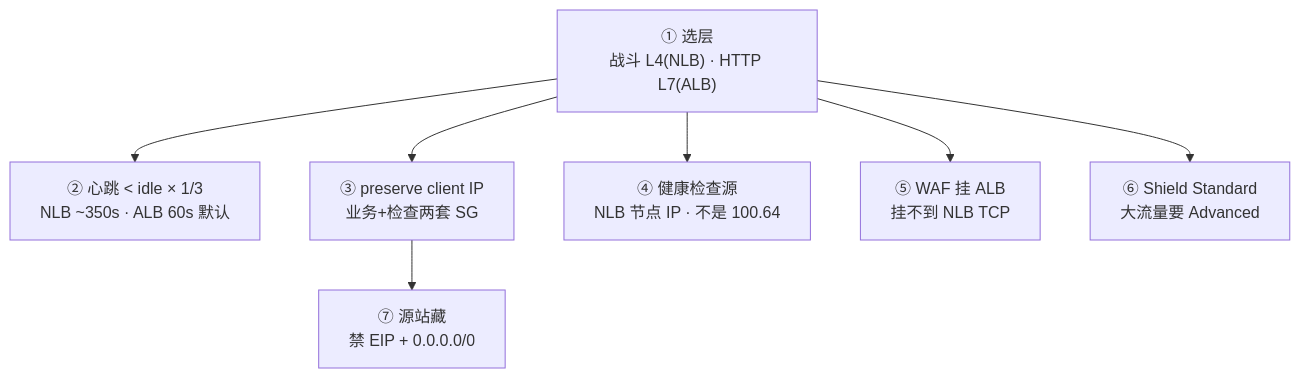
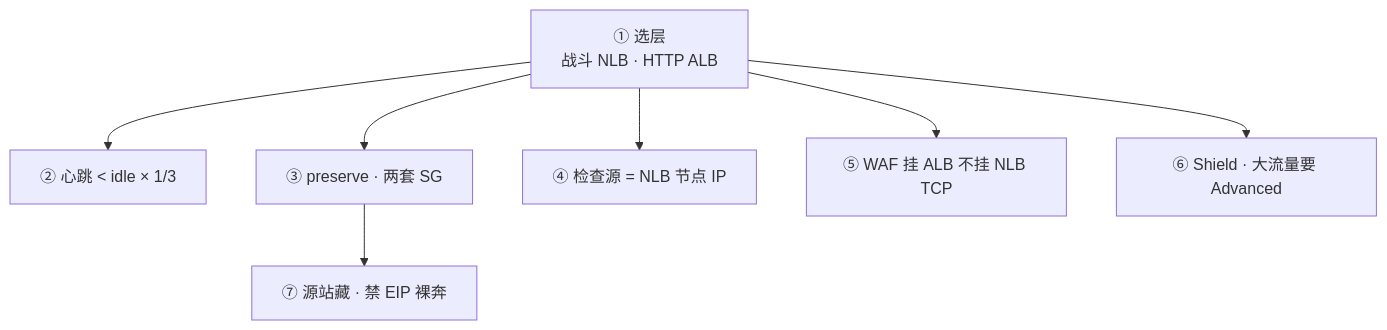
One commit to ml-cuizijun/LearnToLilith changed the fourth of 7 diagrams in 06-云平台/07-AWS生产/知识点.md. Above: the diagram before and after it, drawn with Mermaid. The commit also changed other lines of this file and 178 other files, not shown here.

````diff
--- a/06-云平台/07-AWS生产/知识点.md
+++ b/06-云平台/07-AWS生产/知识点.md
@@ -256,10 +233,10 @@
 ```mermaid
 flowchart TB
-    PICK["① 选层<br/>战斗 L4(NLB) · HTTP L7(ALB)"]
-    PICK --> HEART["② 心跳 < idle × 1/3<br/>NLB ~350s · ALB 60s 默认"]
-    PICK --> PRES["③ preserve client IP<br/>业务+检查两套 SG"]
-    PICK --> SRC["④ 健康检查源<br/>NLB 节点 IP · 不是 100.64"]
-    PICK --> WAF["⑤ WAF 挂 ALB<br/>挂不到 NLB TCP"]
-    PICK --> SHIELD["⑥ Shield Standard<br/>大流量要 Advanced"]
-    PRES --> HIDE["⑦ 源站藏<br/>禁 EIP + 0.0.0.0/0"]
+    PICK["① 选层<br/>战斗 NLB · HTTP ALB"]
+    PICK --> HEART["② 心跳 < idle × 1/3"]
+    PICK --> PRES["③ preserve · 两套 SG"]
+    PICK --> SRC["④ 检查源 = NLB 节点 IP"]
+    PICK --> WAF["⑤ WAF 挂 ALB 不挂 NLB TCP"]
+    PICK --> SHIELD["⑥ Shield · 大流量要 Advanced"]
+    PRES --> HIDE["⑦ 源站藏 · 禁 EIP 裸奔"]
 ```
````
